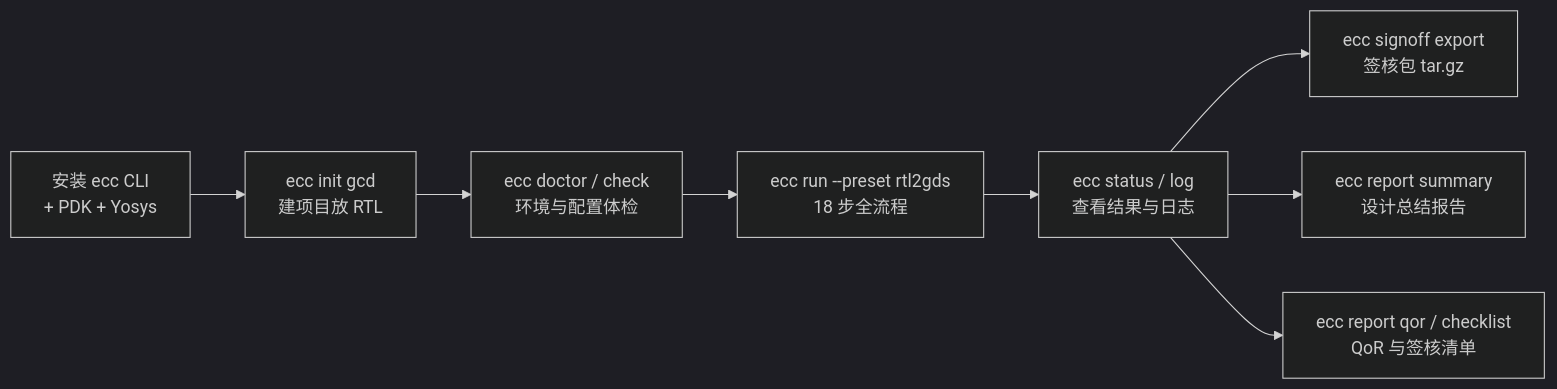
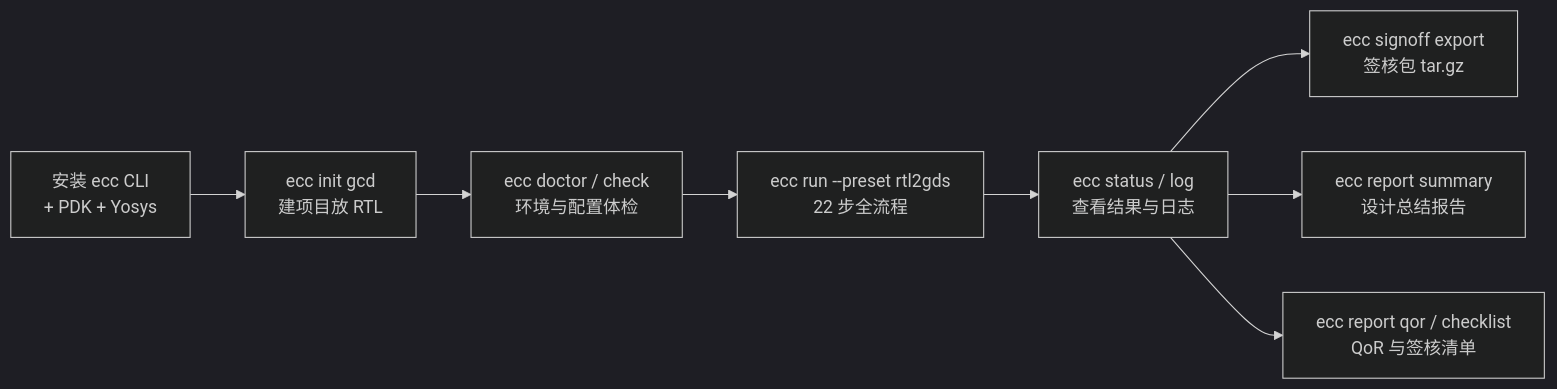
The first of 2 diagrams in chipcompiler/docs/ecc-tutorial.cn.md (openecos-projects/ecc), drawn with Mermaid (dark theme) before and after one commit. The commit also changed other lines of this file and 15 other files, not shown here.

Commit message:
docs(ecc): align guides with current CLI and flow contracts

````diff
--- a/chipcompiler/docs/ecc-tutorial.cn.md
+++ b/chipcompiler/docs/ecc-tutorial.cn.md
@@ -15,10 +15,10 @@
 ```mermaid
 graph LR
     A[安装 ecc CLI<br/>+ PDK + Yosys] --> B[ecc init gcd<br/>建项目放 RTL]
     B --> C[ecc doctor / check<br/>环境与配置体检]
-    C --> D[ecc run --preset rtl2gds<br/>18 步全流程]
+    C --> D[ecc run --preset rtl2gds<br/>22 步全流程]
     D --> E[ecc status / log<br/>查看结果与日志]
     E --> F[ecc signoff export<br/>签核包 tar.gz]
     E --> G[ecc report summary<br/>设计总结报告]
     E --> H[ecc report qor / checklist<br/>QoR 与签核清单]
 ```
````
